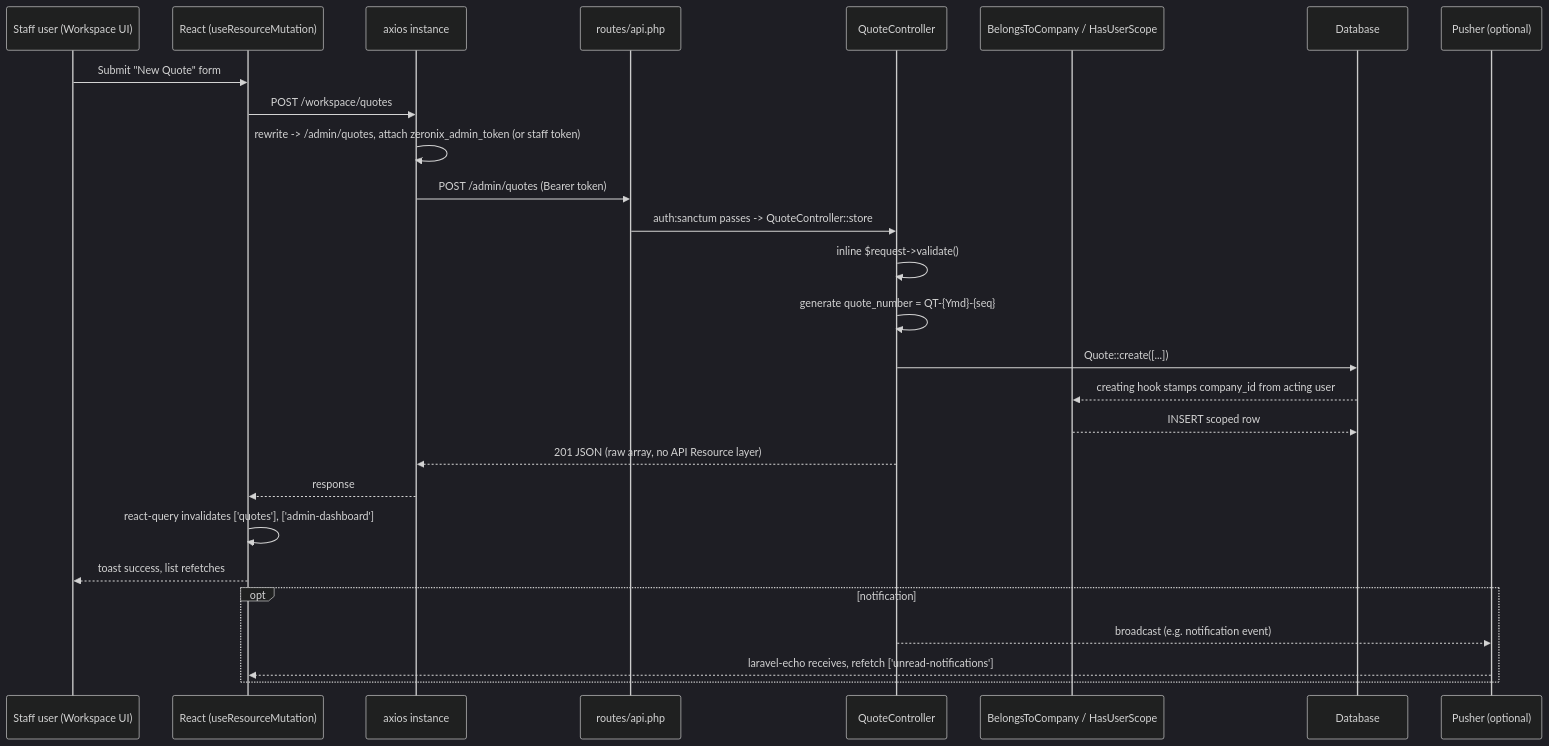
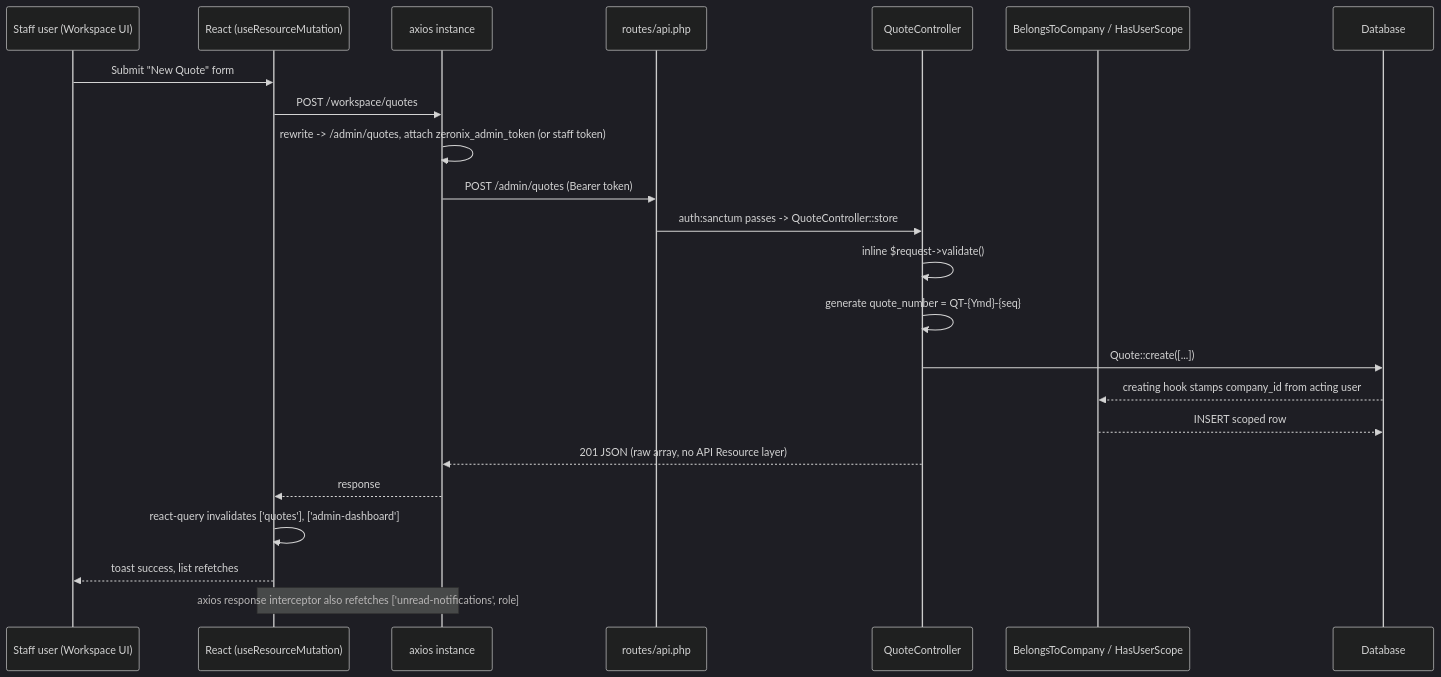
Before and after one commit to teklito-uae/zeronix-portal: the third of 7 diagrams in ARCHITECTURE.md, drawn with Mermaid (dark theme). The commit also changed other lines of this file and 45 other files, not shown here.

````diff
--- a/ARCHITECTURE.md
+++ b/ARCHITECTURE.md
@@ -92,30 +88,26 @@
 ```mermaid
 sequenceDiagram
     participant U as Staff user (Workspace UI)
     participant FE as React (useResourceMutation)
     participant AX as axios instance
     participant RT as routes/api.php
     participant QC as QuoteController
     participant TR as BelongsToCompany / HasUserScope
     participant DB as Database
-    participant PS as Pusher (optional)
 
     U->>FE: Submit "New Quote" form
     FE->>AX: POST /workspace/quotes
     AX->>AX: rewrite -> /admin/quotes, attach zeronix_admin_token (or staff token)
     AX->>RT: POST /admin/quotes (Bearer token)
     RT->>QC: auth:sanctum passes -> QuoteController::store
     QC->>QC: inline $request->validate()
     QC->>QC: generate quote_number = QT-{Ymd}-{seq}
     QC->>DB: Quote::create([...]) 
     DB-->>TR: creating hook stamps company_id from acting user
     TR-->>DB: INSERT scoped row
     QC-->>AX: 201 JSON (raw array, no API Resource layer)
     AX-->>FE: response
     FE->>FE: react-query invalidates ['quotes'], ['admin-dashboard']
     FE-->>U: toast success, list refetches
-    opt notification
-        QC-->>PS: broadcast (e.g. notification event)
-        PS-->>FE: laravel-echo receives, refetch ['unread-notifications']
-    end
+    Note over AX,FE: axios response interceptor also refetches ['unread-notifications', role]
 ```
````
